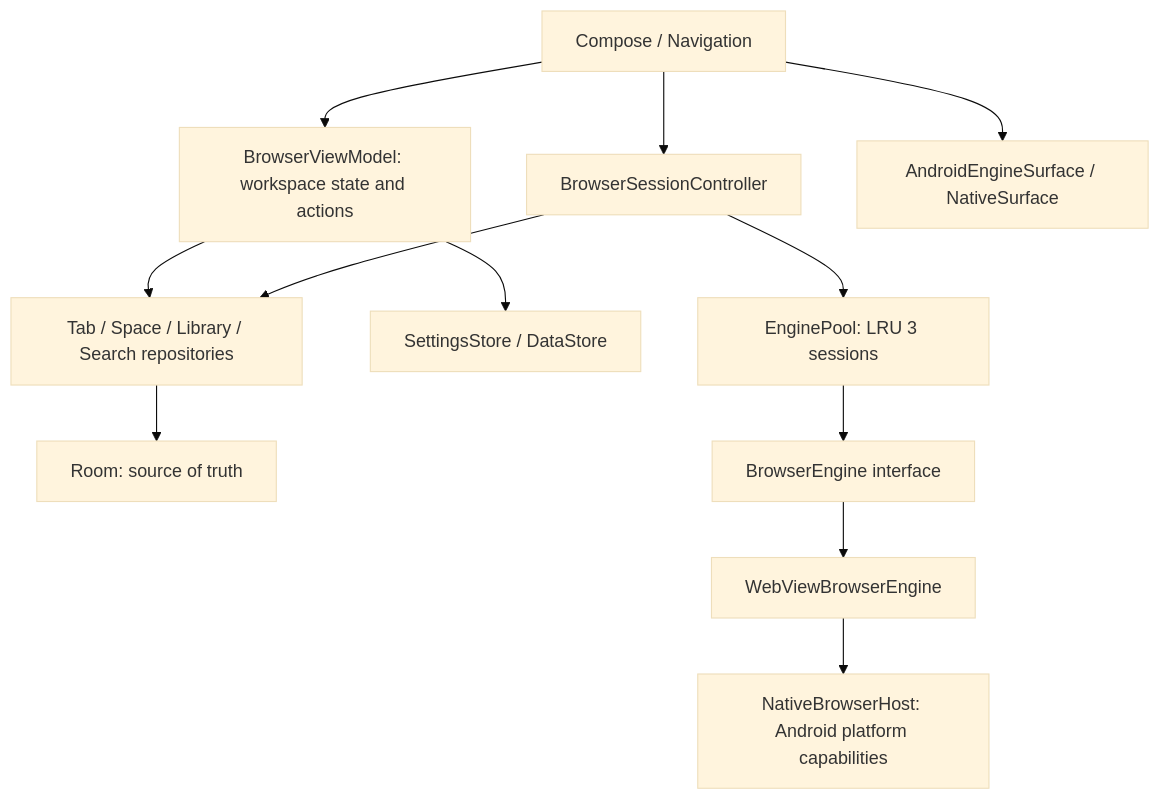
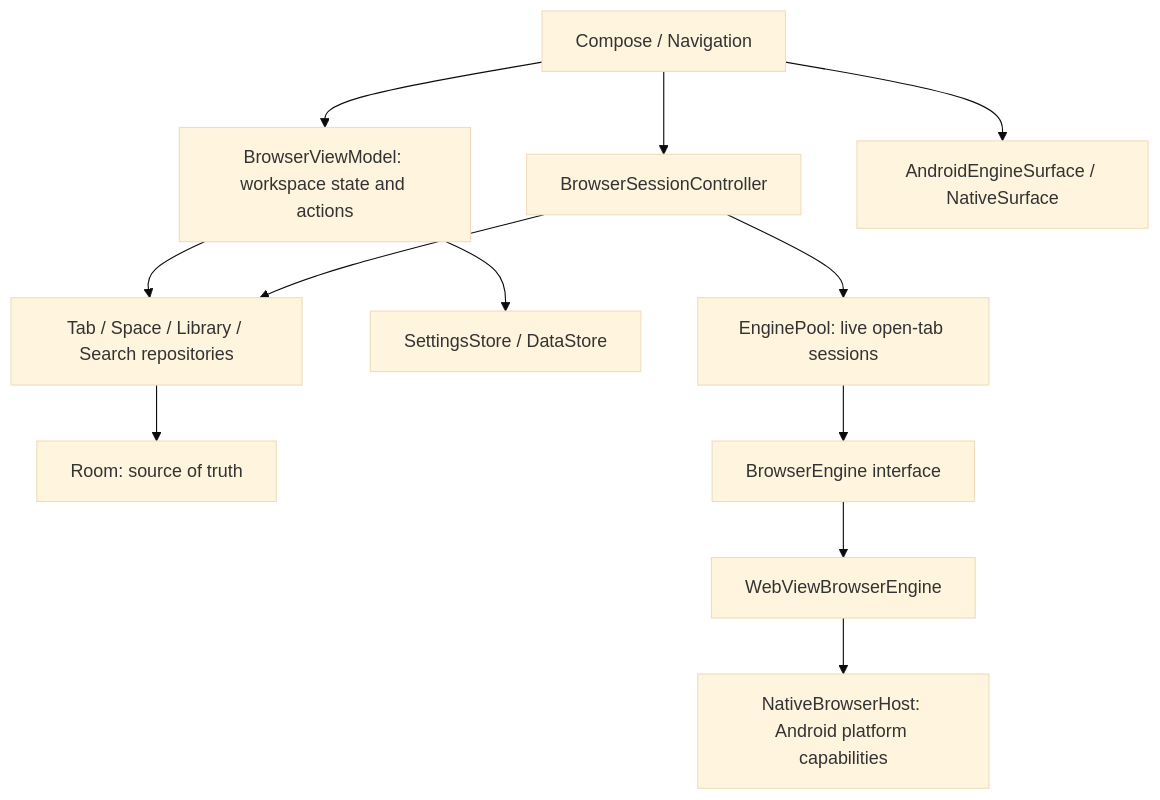
Before and after one commit to TakeruF/android-tab-browser: the diagram in docs/ARCHITECTURE.md, drawn with Mermaid (base theme). The commit also changed other lines of this file and 5 other files, not shown here.

````diff
--- a/docs/ARCHITECTURE.md
+++ b/docs/ARCHITECTURE.md
@@ -5,14 +5,14 @@
 ```mermaid
 flowchart TD
   UI[Compose / Navigation] --> VM[BrowserViewModel: workspace state and actions]
   VM --> REPO[Tab / Space / Library / Search repositories]
   REPO --> ROOM[Room: source of truth]
   VM --> STORE[SettingsStore / DataStore]
   UI --> SESSION[BrowserSessionController]
-  SESSION --> POOL[EnginePool: LRU 3 sessions]
+  SESSION --> POOL[EnginePool: live open-tab sessions]
   POOL --> ENGINE[BrowserEngine interface]
   ENGINE --> WEB[WebViewBrowserEngine]
   WEB --> HOST[NativeBrowserHost: Android platform capabilities]
   SESSION --> REPO
   UI --> SURFACE[AndroidEngineSurface / NativeSurface]
 ```
````
